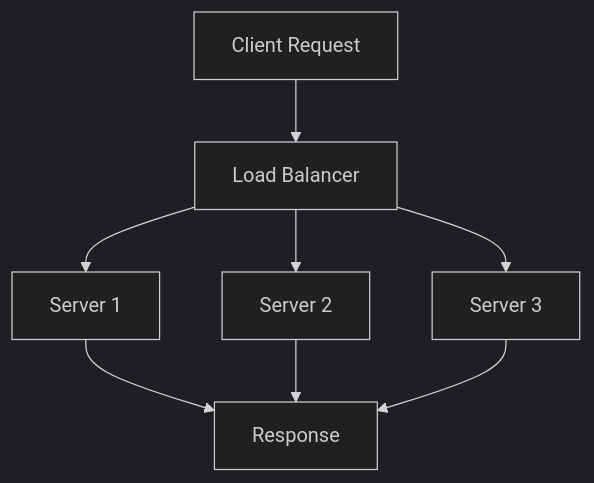
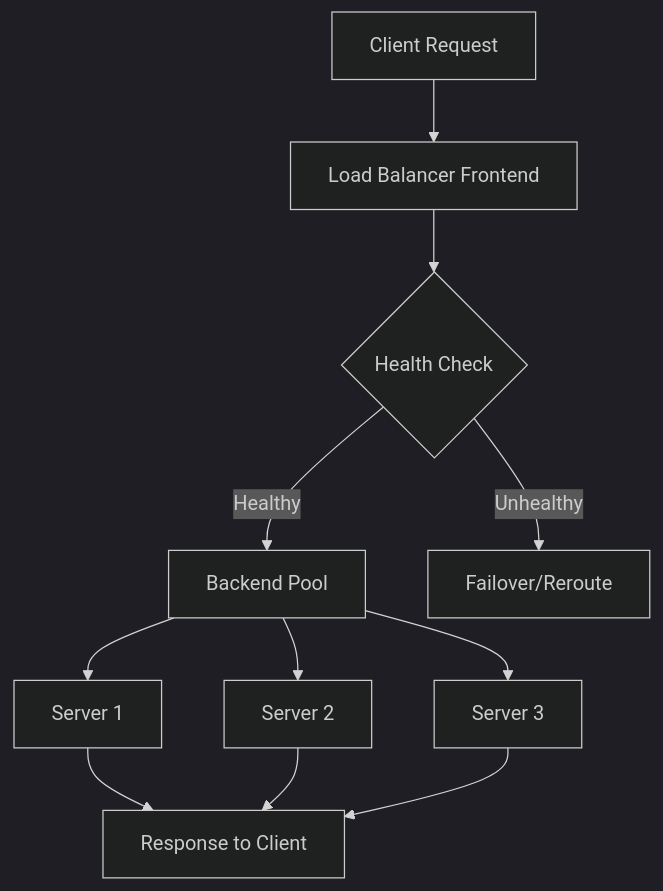
The diagram in load-balancing-and-strategies/README.md (VrushankPatel/interview-matters), drawn with Mermaid (dark theme) before and after one commit. The commit also changed other lines of this file and 6 other files, not shown here.

````diff
--- a/load-balancing-and-strategies/README.md
+++ b/load-balancing-and-strategies/README.md
@@ -43,10 +50,13 @@
 ```mermaid
 graph TD
-    A[Client Request] --> B[Load Balancer]
-    B --> C[Server 1]
-    B --> D[Server 2]
-    B --> E[Server 3]
-    C --> F[Response]
-    D --> F
-    E --> F
+    A[Client Request] --> B[Load Balancer Frontend]
+    B --> C{Health Check}
+    C -->|Healthy| D[Backend Pool]
+    D --> E[Server 1]
+    D --> F[Server 2]
+    D --> G[Server 3]
+    C -->|Unhealthy| H[Failover/Reroute]
+    E --> I[Response to Client]
+    F --> I
+    G --> I
 ```
````
